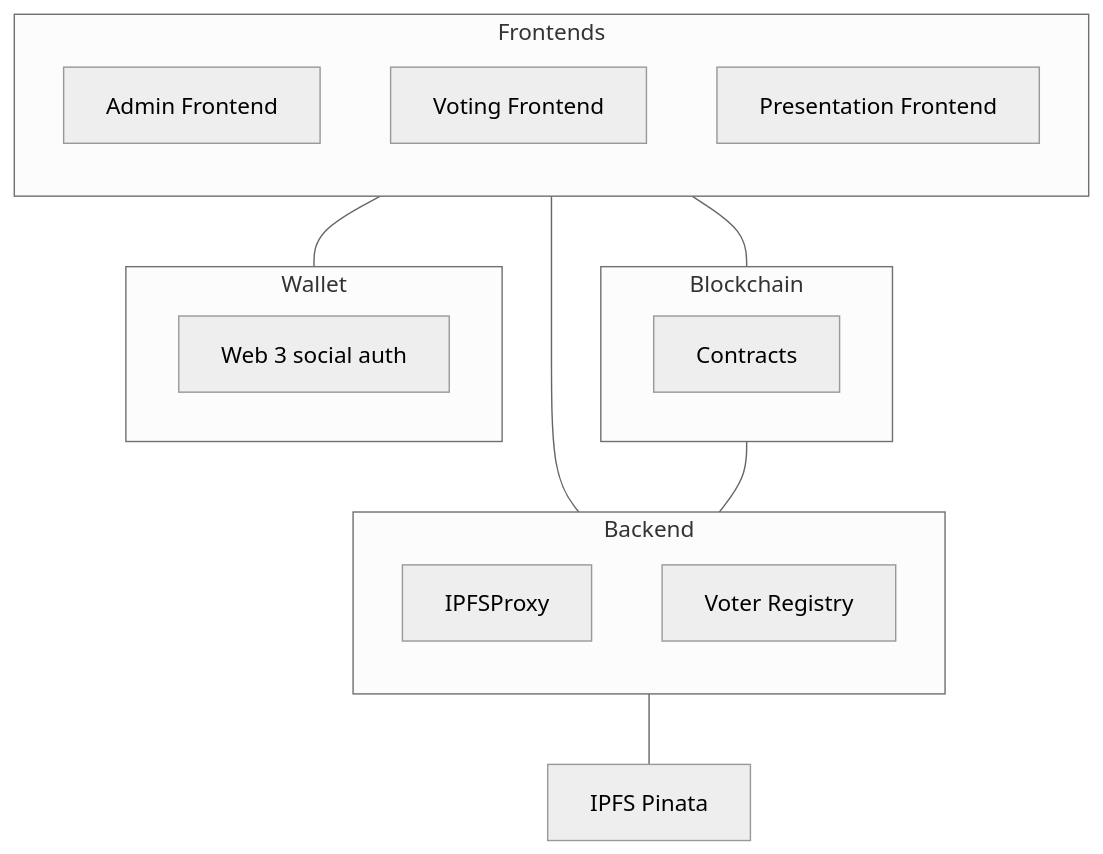
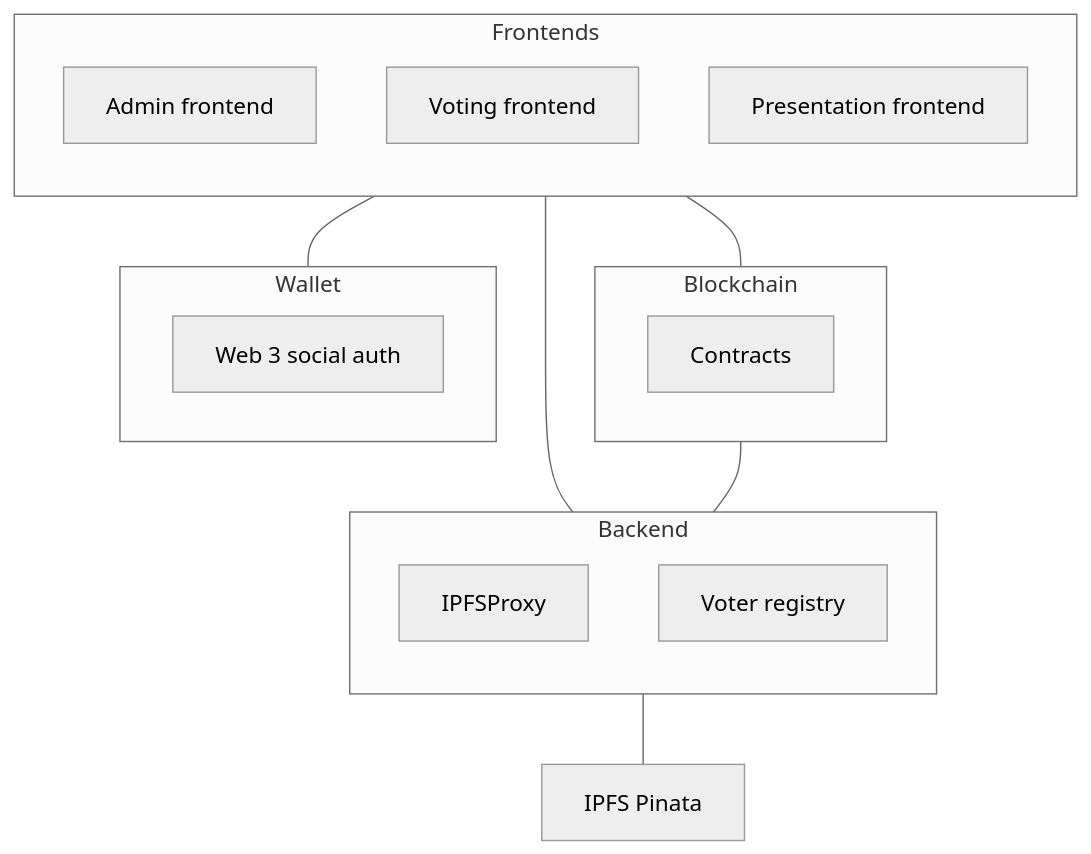
Before and after one commit to vechain/grant-program: the third of 4 diagrams in applications/VOTEOS.md, drawn with Mermaid (neutral theme). The commit also changed other lines of this file, not shown here.

````diff
--- a/applications/VOTEOS.md
+++ b/applications/VOTEOS.md
@@ -176,31 +176,31 @@
 ```mermaid
 flowchart
   subgraph Frontends[Frontends]
     direction TB
-    AdminFrontend[Admin Frontend]
-    VotingFrontend[Voting Frontend]
-    PresentationFrontend[Presentation Frontend]
+    AdminFrontend[Admin frontend]
+    VotingFrontend[Voting frontend]
+    PresentationFrontend[Presentation frontend]
   end
 
   subgraph Blockchain
     Contracts["Contracts"]
   end
 
   subgraph Wallet
     web3auth[Web 3 social auth]
   end
 
   IPFS["IPFS Pinata"]
 
   subgraph Backend
     direction TB
     IPFSProxy["IPFSProxy"]
-    voterRegistry["Voter Registry"]
+    voterRegistry["Voter registry"]
   end
 
   Frontends --- Backend
   Frontends --- Blockchain
   Frontends --- Wallet
   Blockchain --- Backend
   Backend ---   IPFS
 ```
````
